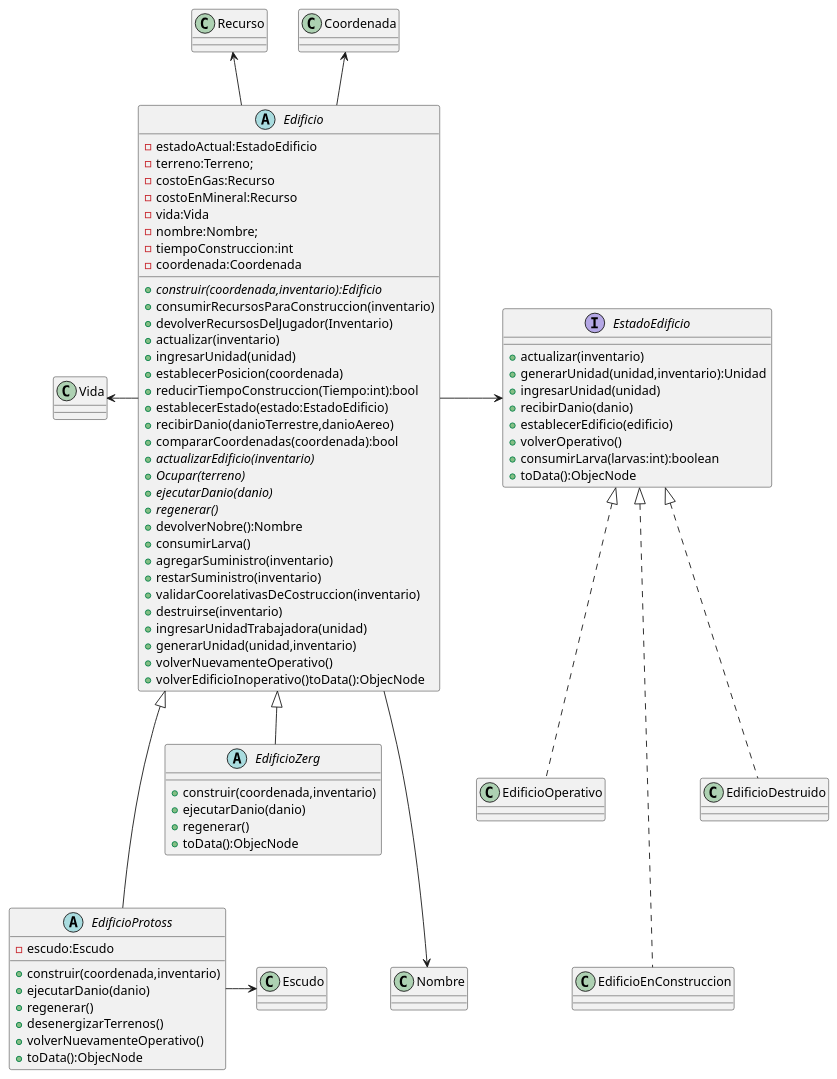
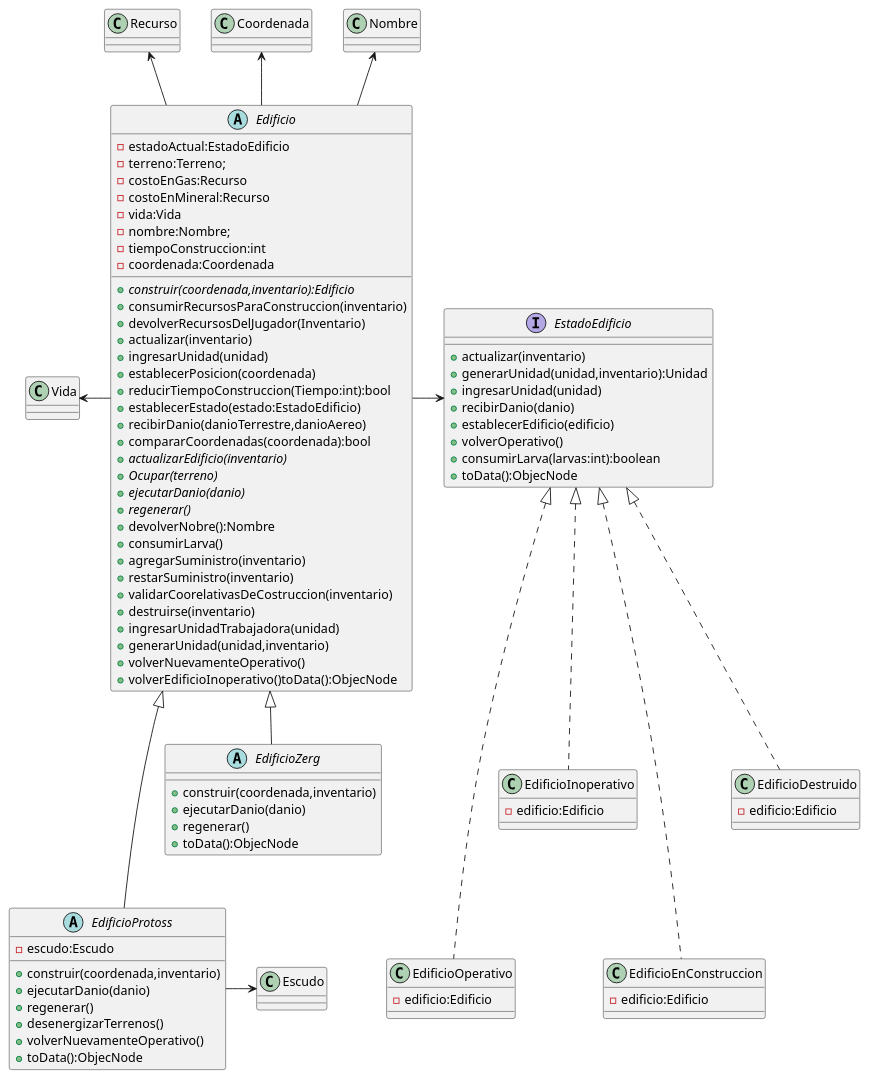
One commit to LucasMBarrientos/algo3_tp2 changed the diagram in diagrams/Modelo/class/clase_edificio.puml. Above: the diagram before and after it, drawn with PlantUML. The commit also changed 2 other files, not shown here.

```diff
--- a/diagrams/Modelo/class/clase_edificio.puml
+++ b/diagrams/Modelo/class/clase_edificio.puml
@@ -1,85 +1,100 @@
 @startuml
 
 
 abstract Edificio{
 -estadoActual:EstadoEdificio
 -terreno:Terreno;
 -costoEnGas:Recurso
 -costoEnMineral:Recurso
 -vida:Vida
 -nombre:Nombre;
 -tiempoConstruccion:int
 -coordenada:Coordenada
 
 +{abstract}construir(coordenada,inventario):Edificio
 +consumirRecursosParaConstruccion(inventario)
 +devolverRecursosDelJugador(Inventario)
 +actualizar(inventario)
 +ingresarUnidad(unidad)
 +establecerPosicion(coordenada)
 +reducirTiempoConstruccion(Tiempo:int):bool
 +establecerEstado(estado:EstadoEdificio)
 +recibirDanio(danioTerrestre,danioAereo)
 +compararCoordenadas(coordenada):bool
 +{abstract}actualizarEdificio(inventario)
 +{abstract}Ocupar(terreno)
 +{abstract}ejecutarDanio(danio)
 +{abstract}regenerar()
 +devolverNobre():Nombre
 +consumirLarva()
 +agregarSuministro(inventario)
 +restarSuministro(inventario)
 +validarCoorelativasDeCostruccion(inventario)
 +destruirse(inventario)
 +ingresarUnidadTrabajadora(unidad)
 +generarUnidad(unidad,inventario)
 +volverNuevamenteOperativo()
 +volverEdificioInoperativo()toData():ObjecNode
+
 }
 
 
 interface EstadoEdificio{
  +actualizar(inventario)
 +generarUnidad(unidad,inventario):Unidad
 +ingresarUnidad(unidad)
 +recibirDanio(danio)
 +establecerEdificio(edificio)
 +volverOperativo()
 +consumirLarva(larvas:int):boolean
 +toData():ObjecNode
 
 }
 
 
 abstract EdificioProtoss{
 -escudo:Escudo
 +construir(coordenada,inventario)
 +ejecutarDanio(danio)
 +regenerar()
 +desenergizarTerrenos()
 +volverNuevamenteOperativo()
 +toData():ObjecNode
 }
 
 
 abstract EdificioZerg{
 +construir(coordenada,inventario)
 +ejecutarDanio(danio)
 +regenerar()
 +toData():ObjecNode
 '+establecerTerreno(terreno)
 '{abstract}+ocupar
 '{abstract}+validarCoorelativasDeCostruccion(inventario)
 }
+
+class EdificioOperativo{
+-edificio:Edificio
+}
+class EdificioInoperativo{
+-edificio:Edificio
+}
+class EdificioEnConstruccion{
+-edificio:Edificio
+}
+class EdificioDestruido{
+-edificio:Edificio
+}
 Edificio-> EstadoEdificio
-EstadoEdificio <|..EdificioOperativo
+EstadoEdificio <|..EdificioInoperativo
+EstadoEdificio <|...EdificioOperativo
 EstadoEdificio <|...EdificioEnConstruccion
 EstadoEdificio <|..EdificioDestruido
 Edificio <|--- EdificioProtoss
 Edificio <|-- EdificioZerg
-Edificio ---> Nombre
+Edificio -up-> Nombre
 Edificio -up-> Coordenada
 Edificio -up-> Recurso
 Edificio -left> Vida
 EdificioProtoss -> Escudo
 @enduml
```
